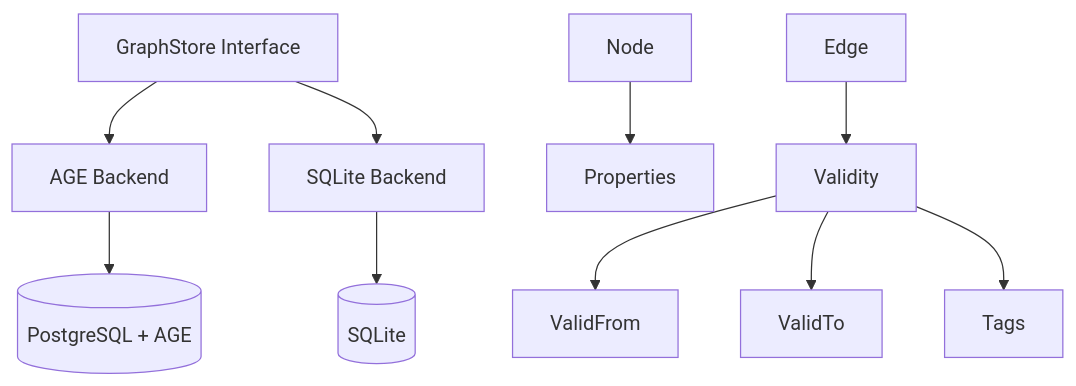
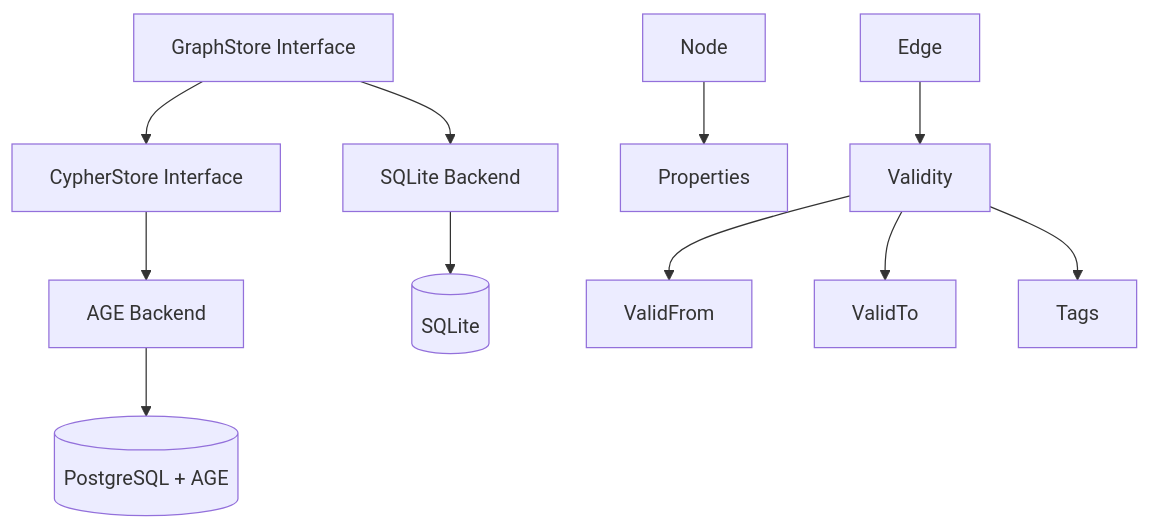
One commit to neokapi/neokapi changed the diagram in website/docs/developer/graph.md. Above: the diagram before and after it, drawn with Mermaid. The commit also changed other lines of this file and 4 other files, not shown here.

First line of the commit message:
refactor(graph): extract CypherStore sub-interface from GraphStore

````diff
--- a/website/docs/developer/graph.md
+++ b/website/docs/developer/graph.md
@@ -12,14 +12,15 @@
 ```mermaid
 graph TD
-    GS[GraphStore Interface] --> AGE[AGE Backend]
-    GS --> SQLite[SQLite Backend]
+    GS[GraphStore Interface] --> SQLite[SQLite Backend]
+    GS --> CS[CypherStore Interface]
+    CS --> AGE[AGE Backend]
 
+    SQLite --> DB[(SQLite)]
     AGE --> PG[(PostgreSQL + AGE)]
-    SQLite --> DB[(SQLite)]
 
     N[Node] --> P[Properties]
     E[Edge] --> V[Validity]
     V --> VF[ValidFrom]
     V --> VT[ValidTo]
     V --> T[Tags]
 ```
````
